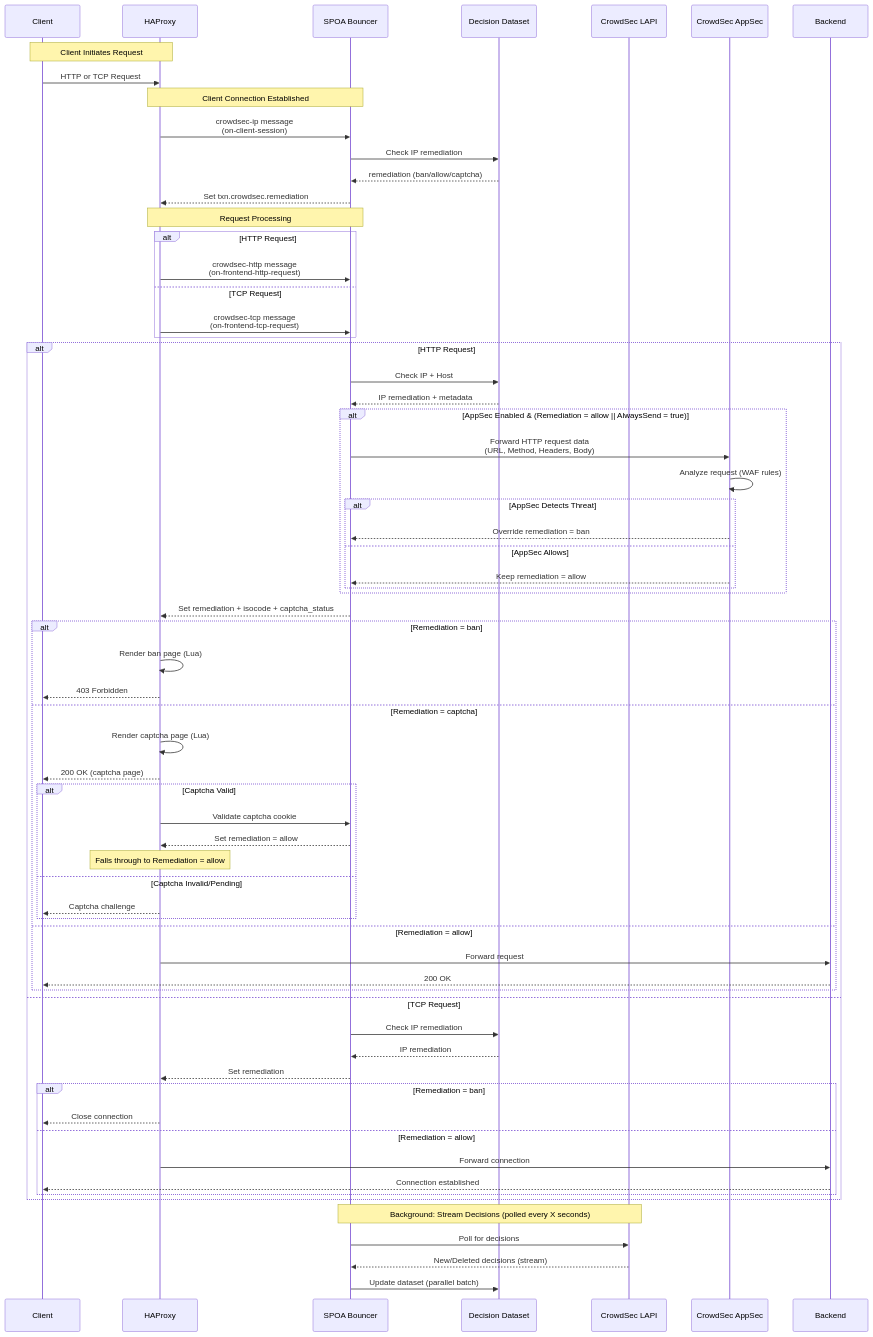
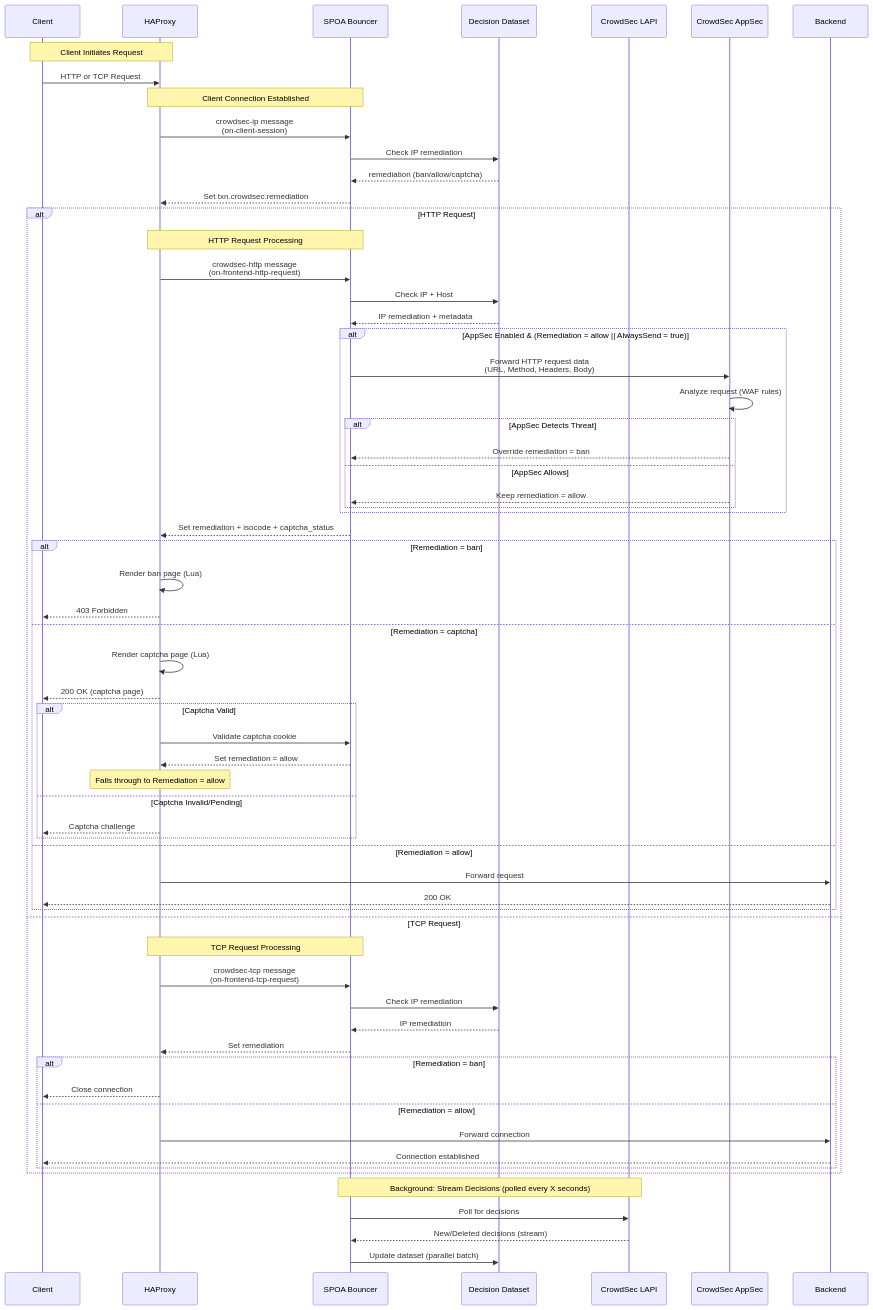
One commit to crowdsecurity/cs-haproxy-spoa-bouncer changed the diagram in README.md. Above: the diagram before and after it, drawn with Mermaid.

Commit message:
docs: restructure HTTP/TCP flow to remove redundancy
- Move message type selection into HTTP/TCP conditional branches
- Each branch shows its specific message type and processing
- Eliminates duplicate 'TCP request' references

````diff
--- a/README.md
+++ b/README.md
@@ -22,76 +22,74 @@
 ```mermaid
 sequenceDiagram
     participant Client
     participant HAProxy
     participant SPOA as SPOA Bouncer
     participant Dataset as Decision Dataset
     participant CrowdSec as CrowdSec LAPI
     participant AppSec as CrowdSec AppSec
     participant Backend
 
     Note over Client,HAProxy: Client Initiates Request
     Client->>HAProxy: HTTP or TCP Request
     
     Note over HAProxy,SPOA: Client Connection Established
     HAProxy->>SPOA: crowdsec-ip message<br/>(on-client-session)
     SPOA->>Dataset: Check IP remediation
     Dataset-->>SPOA: remediation (ban/allow/captcha)
     SPOA-->>HAProxy: Set txn.crowdsec.remediation
     
-    Note over HAProxy,SPOA: Request Processing
     alt HTTP Request
+        Note over HAProxy,SPOA: HTTP Request Processing
         HAProxy->>SPOA: crowdsec-http message<br/>(on-frontend-http-request)
-    else TCP Request
-        HAProxy->>SPOA: crowdsec-tcp message<br/>(on-frontend-tcp-request)
-    end
-    alt HTTP Request
         SPOA->>Dataset: Check IP + Host
         Dataset-->>SPOA: IP remediation + metadata
         
         alt AppSec Enabled & (Remediation = allow || AlwaysSend = true)
             SPOA->>AppSec: Forward HTTP request data<br/>(URL, Method, Headers, Body)
             AppSec->>AppSec: Analyze request (WAF rules)
             alt AppSec Detects Threat
                 AppSec-->>SPOA: Override remediation = ban
             else AppSec Allows
                 AppSec-->>SPOA: Keep remediation = allow
             end
         end
         
         SPOA-->>HAProxy: Set remediation + isocode + captcha_status
         
         alt Remediation = ban
             HAProxy->>HAProxy: Render ban page (Lua)
             HAProxy-->>Client: 403 Forbidden
         else Remediation = captcha
             HAProxy->>HAProxy: Render captcha page (Lua)
             HAProxy-->>Client: 200 OK (captcha page)
             alt Captcha Valid
                 HAProxy->>SPOA: Validate captcha cookie
                 SPOA-->>HAProxy: Set remediation = allow
                 Note over HAProxy: Falls through to Remediation = allow
             else Captcha Invalid/Pending
                 HAProxy-->>Client: Captcha challenge
             end
         else Remediation = allow
             HAProxy->>Backend: Forward request
             Backend-->>Client: 200 OK
         end
     else TCP Request
+        Note over HAProxy,SPOA: TCP Request Processing
+        HAProxy->>SPOA: crowdsec-tcp message<br/>(on-frontend-tcp-request)
         SPOA->>Dataset: Check IP remediation
         Dataset-->>SPOA: IP remediation
         SPOA-->>HAProxy: Set remediation
         
         alt Remediation = ban
             HAProxy-->>Client: Close connection
         else Remediation = allow
             HAProxy->>Backend: Forward connection
             Backend-->>Client: Connection established
         end
     end
     
     Note over SPOA,CrowdSec: Background: Stream Decisions (polled every X seconds)
     SPOA->>CrowdSec: Poll for decisions
     CrowdSec-->>SPOA: New/Deleted decisions (stream)
     SPOA->>Dataset: Update dataset (parallel batch)
 ```
````
